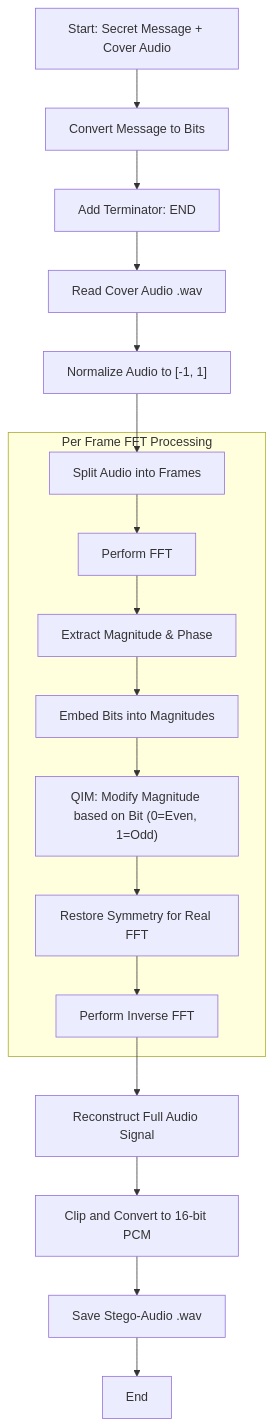
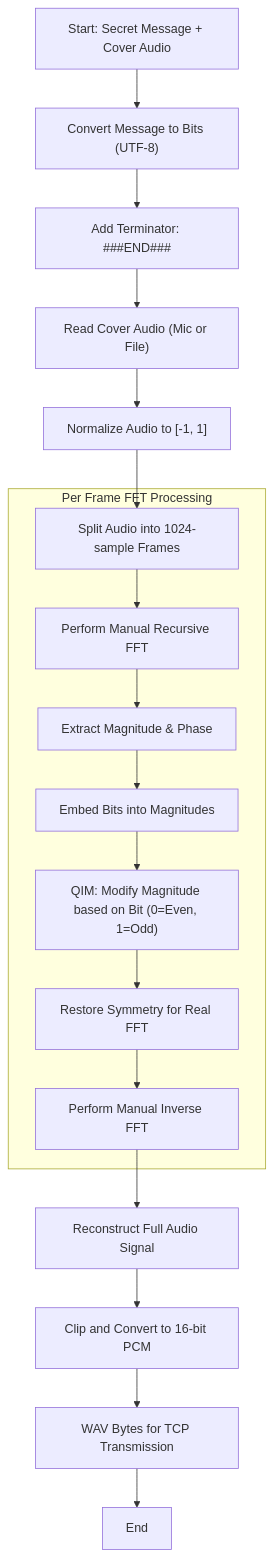
One commit to shrawan077/Audio-Steganography-project changed the first of 2 diagrams in walkthrough.md. Above: the diagram before and after it, drawn with Mermaid. The commit also changed other lines of this file and 3 other files, not shown here.

````diff
--- a/walkthrough.md
+++ b/walkthrough.md
@@ -9,22 +9,22 @@
 ```mermaid
 graph TD
-    Start["Start: Secret Message + Cover Audio"] --> MsgToBits["Convert Message to Bits"]
-    MsgToBits --> AddTerm["Add Terminator: END"]
-    AddTerm --> ReadWav["Read Cover Audio .wav"]
+    Start["Start: Secret Message + Cover Audio"] --> MsgToBits["Convert Message to Bits (UTF-8)"]
+    MsgToBits --> AddTerm["Add Terminator: ###END###"]
+    AddTerm --> ReadWav["Read Cover Audio (Mic or File)"]
     ReadWav --> Norm["Normalize Audio to [-1, 1]"]
-    Norm --> Frame["Split Audio into Frames"]
+    Norm --> Frame["Split Audio into 1024-sample Frames"]
     
     subgraph "Per Frame FFT Processing"
-    Frame --> FFT["Perform FFT"]
+    Frame --> FFT["Perform Manual Recursive FFT"]
     FFT --> Extr["Extract Magnitude & Phase"]
     Extr --> Embed["Embed Bits into Magnitudes"]
     Embed --> QIM["QIM: Modify Magnitude based on Bit (0=Even, 1=Odd)"]
     QIM --> Symm["Restore Symmetry for Real FFT"]
-    Symm --> IFFT["Perform Inverse FFT"]
+    Symm --> IFFT["Perform Manual Inverse FFT"]
     end
     
     IFFT --> Recon["Reconstruct Full Audio Signal"]
     Recon --> Clip["Clip and Convert to 16-bit PCM"]
-    Clip --> Save["Save Stego-Audio .wav"]
+    Clip --> Save["WAV Bytes for TCP Transmission"]
     Save --> Done["End"]
 ```
````
